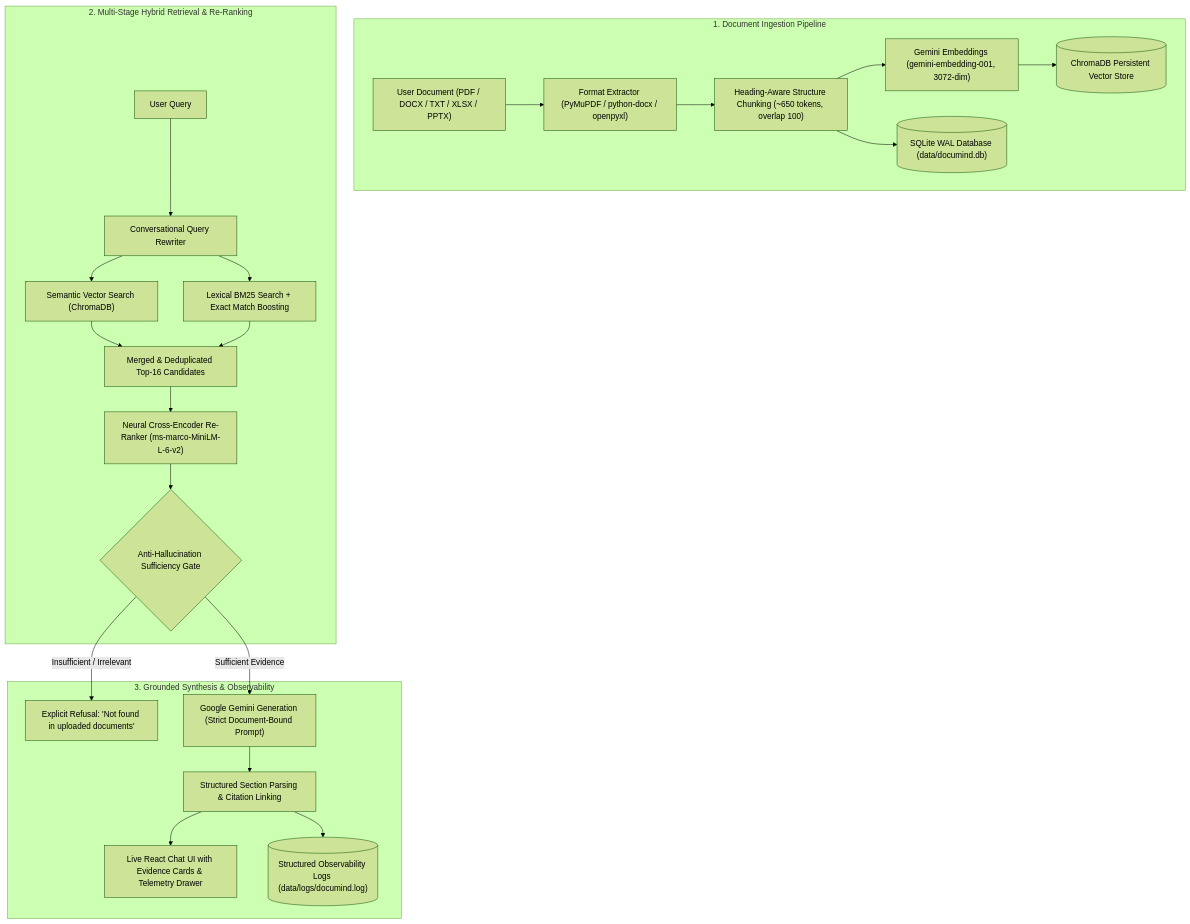
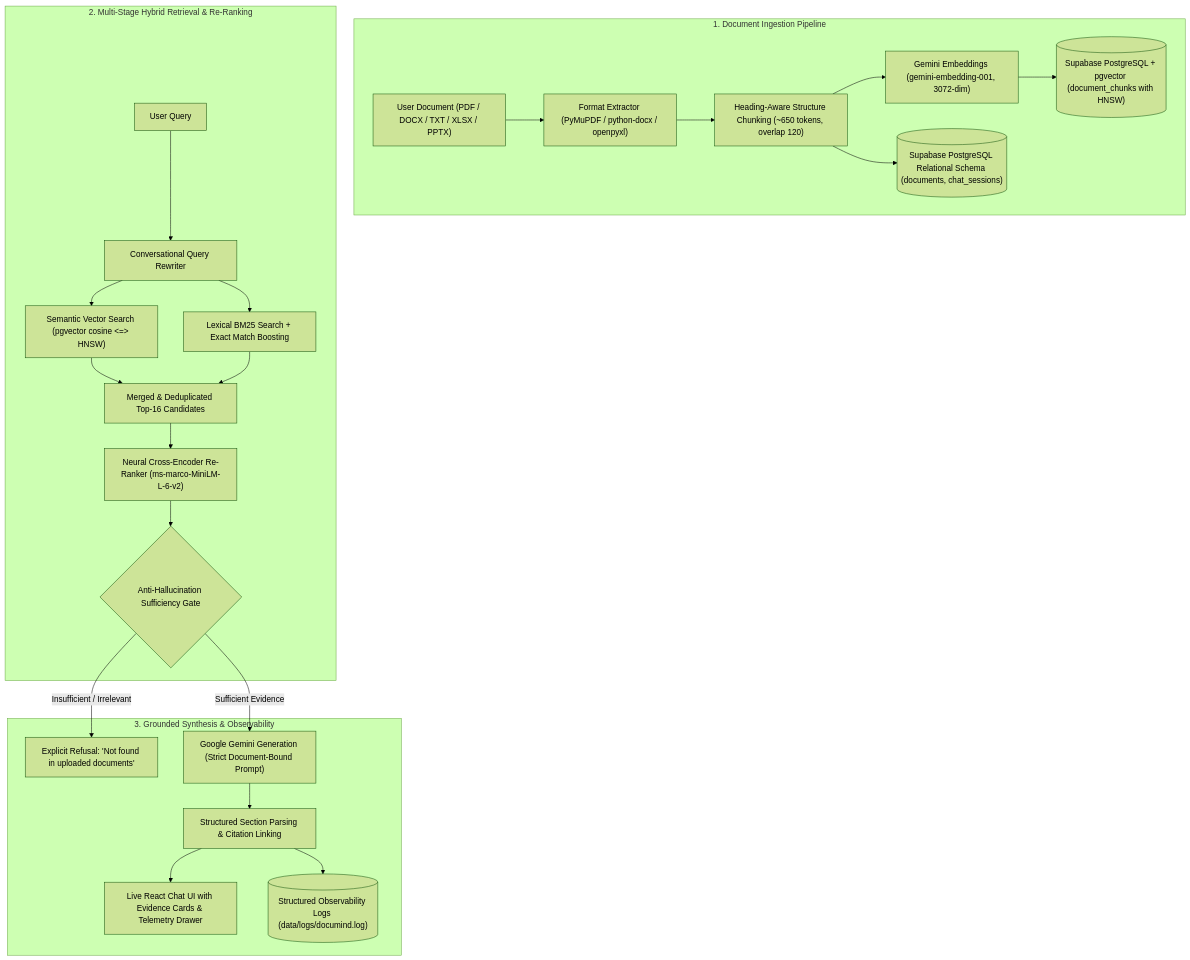
Before and after one commit to Prajwal6300/Documind-RAG-Platform: the diagram in README.md, drawn with Mermaid (forest theme). The commit also changed other lines of this file and 100 other files, not shown here.

````diff
--- a/README.md
+++ b/README.md
@@ -16,27 +16,27 @@
 ```mermaid
 graph TD
     subgraph Ingestion ["1. Document Ingestion Pipeline"]
         A["User Document (PDF / DOCX / TXT / XLSX / PPTX)"] --> B["Format Extractor (PyMuPDF / python-docx / openpyxl)"]
-        B --> C["Heading-Aware Structure Chunking (~650 tokens, overlap 100)"]
+        B --> C["Heading-Aware Structure Chunking (~650 tokens, overlap 120)"]
         C --> D["Gemini Embeddings (gemini-embedding-001, 3072-dim)"]
-        D --> E[("ChromaDB Persistent Vector Store")]
-        C --> F[("SQLite WAL Database (data/documind.db)")]
+        D --> E[("Supabase PostgreSQL + pgvector (document_chunks with HNSW)")]
+        C --> F[("Supabase PostgreSQL Relational Schema (documents, chat_sessions)")]
     end
 
     subgraph Retrieval ["2. Multi-Stage Hybrid Retrieval & Re-Ranking"]
         Q["User Query"] --> QR["Conversational Query Rewriter"]
-        QR --> H1["Semantic Vector Search (ChromaDB)"]
+        QR --> H1["Semantic Vector Search (pgvector cosine <=> HNSW)"]
         QR --> H2["Lexical BM25 Search + Exact Match Boosting"]
         H1 & H2 --> M["Merged & Deduplicated Top-16 Candidates"]
         M --> RR["Neural Cross-Encoder Re-Ranker (ms-marco-MiniLM-L-6-v2)"]
         RR --> SG{"Anti-Hallucination Sufficiency Gate"}
     end
 
     subgraph Generation ["3. Grounded Synthesis & Observability"]
         SG -- "Insufficient / Irrelevant" --> REF["Explicit Refusal: 'Not found in uploaded documents'"]
         SG -- "Sufficient Evidence" --> LLM["Google Gemini Generation (Strict Document-Bound Prompt)"]
         LLM --> CIT["Structured Section Parsing & Citation Linking"]
         CIT --> UI["Live React Chat UI with Evidence Cards & Telemetry Drawer"]
         CIT --> LOGS[("Structured Observability Logs (data/logs/documind.log)")]
     end
 ```
````
